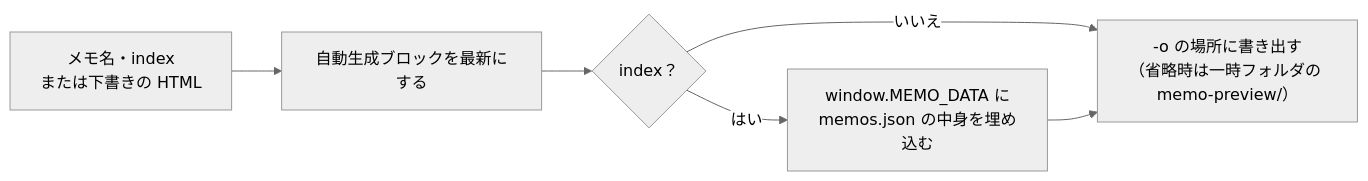
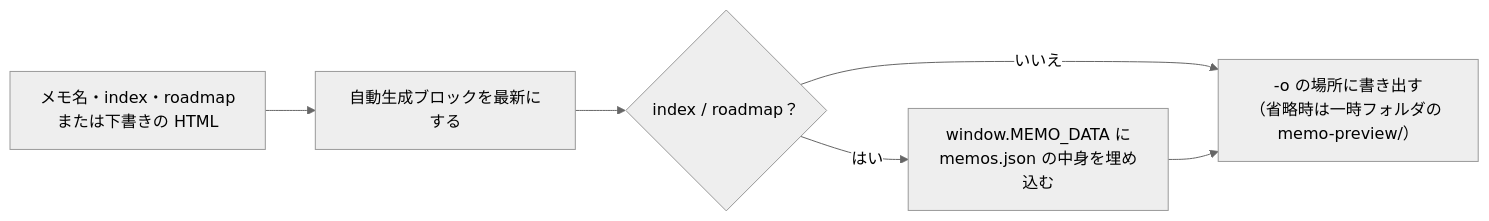
Before and after one commit to taka1156/back-of-the-flyer: the fifth of 8 diagrams in memo-detail.md, drawn with Mermaid (neutral theme). The commit also changed other lines of this file and 41 other files, not shown here.

````diff
--- a/memo-detail.md
+++ b/memo-detail.md
@@ -236,8 +230,8 @@
 ```mermaid
 flowchart LR
-  in["メモ名・index<br/>または下書きの HTML"] --> g["自動生成ブロックを最新にする"]
-  g --> d{"index？"}
+  in["メモ名・index・roadmap<br/>または下書きの HTML"] --> g["自動生成ブロックを最新にする"]
+  g --> d{"index / roadmap？"}
   d -- はい --> e["window.MEMO_DATA に<br/>memos.json の中身を埋め込む"]
   d -- いいえ --> o
   e --> o["-o の場所に書き出す<br/>（省略時は一時フォルダの memo-preview/）"]
 ```
````
